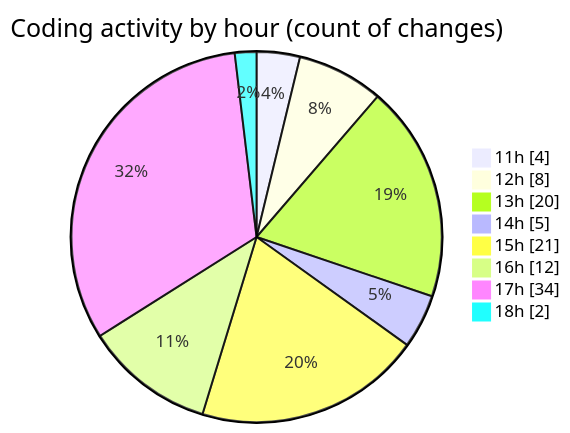
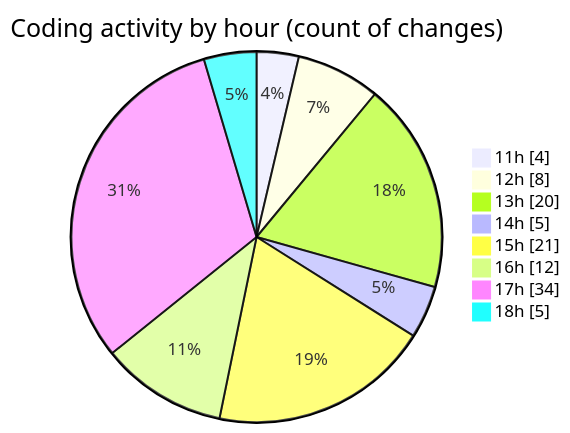
Before and after one commit to momahboobian/code-tracking: the second of 2 diagrams in 2025-08-07/cda/README.md, drawn with Mermaid. The commit also changed other lines of this file and 1 other file, not shown here.

````diff
--- a/2025-08-07/cda/README.md
+++ b/2025-08-07/cda/README.md
@@ -31,12 +31,12 @@
 ```mermaid
 pie showData
 title Coding activity by hour (count of changes)
 "11h" : 4
 "12h" : 8
 "13h" : 20
 "14h" : 5
 "15h" : 21
 "16h" : 12
 "17h" : 34
-"18h" : 2
+"18h" : 5
 ```
````
